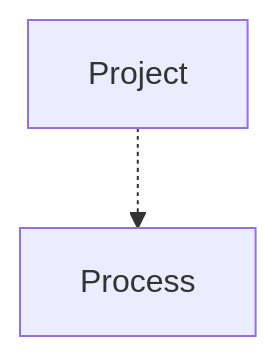
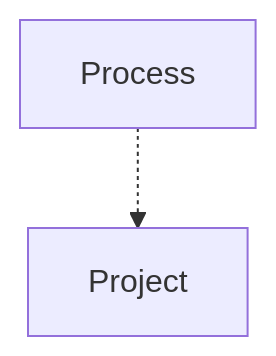
The diagram in examples/requirements/req/output/development/model.md (glemzurg/glemzurg), drawn with Mermaid before and after one commit. The commit also changed 62 other files, not shown here.

````diff
--- a/examples/requirements/req/output/development/model.md
+++ b/examples/requirements/req/output/development/model.md
@@ -291,7 +291,7 @@
 ```mermaid
 graph TD
 domain_domain_process["Process"]
 domain_domain_project["Project"]
-domain_domain_project -.-> domain_domain_process
+domain_domain_process -.-> domain_domain_project
 
 ```
````
